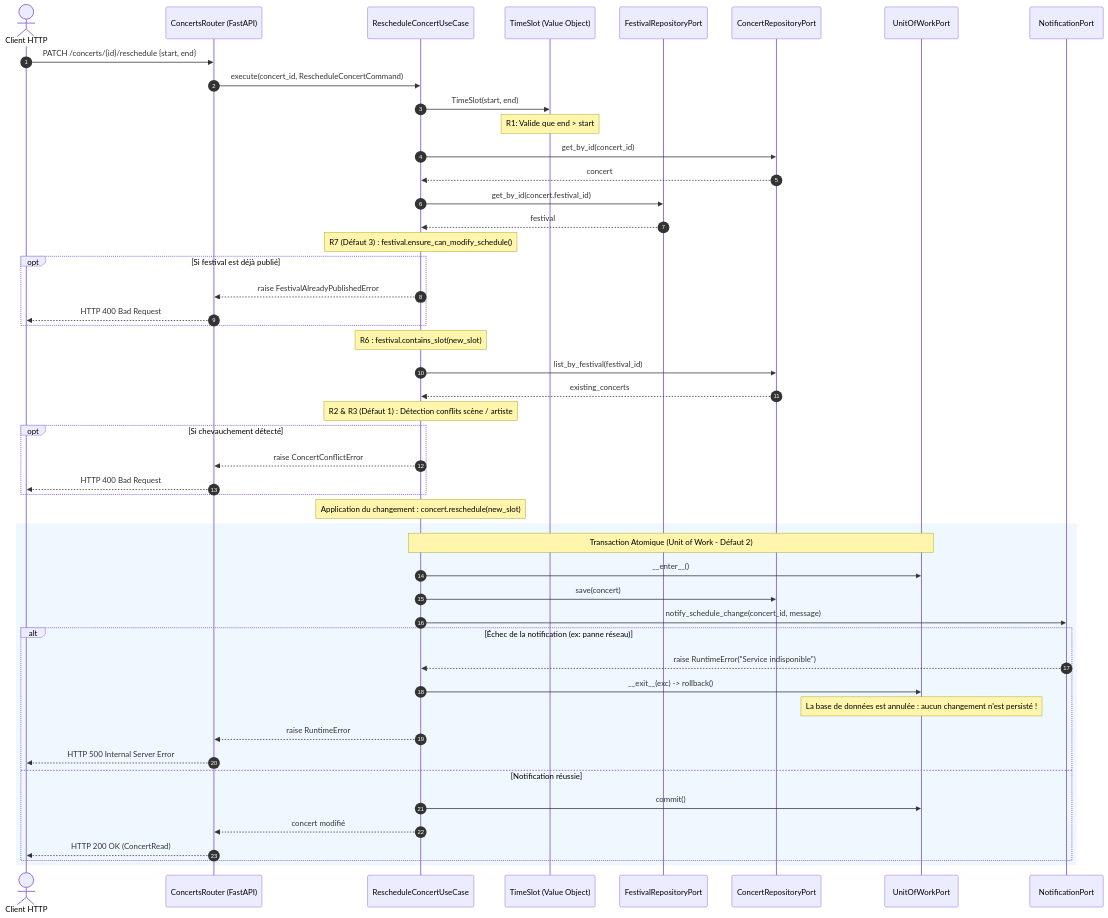
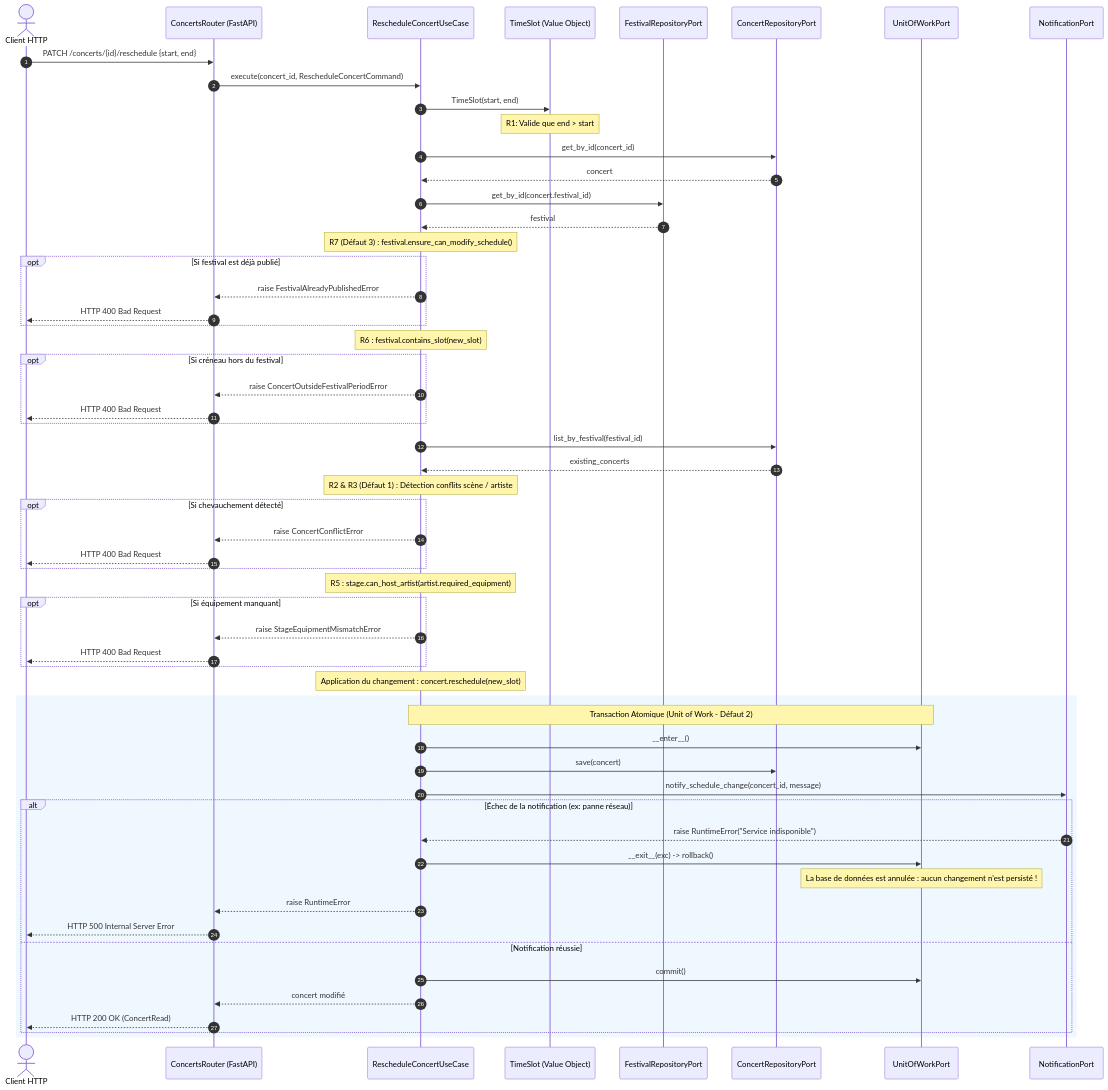
One commit to Timogui/Architecture_hexagonale changed the third of 3 diagrams in NOTE_D_ARCHITECTURE.md. Above: the diagram before and after it, drawn with Mermaid. The commit also changed other lines of this file and 22 other files, not shown here.

````diff
--- a/NOTE_D_ARCHITECTURE.md
+++ b/NOTE_D_ARCHITECTURE.md
@@ -153,62 +174,72 @@
 ```mermaid
 sequenceDiagram
     autonumber
     actor Client as Client HTTP
     participant API as ConcertsRouter (FastAPI)
     participant UC as RescheduleConcertUseCase
     participant Slot as TimeSlot (Value Object)
     participant FestRepo as FestivalRepositoryPort
     participant ConcRepo as ConcertRepositoryPort
     participant UoW as UnitOfWorkPort
     participant Notif as NotificationPort
 
     Client->>API: PATCH /concerts/{id}/reschedule {start, end}
     API->>UC: execute(concert_id, RescheduleConcertCommand)
     
     UC->>Slot: TimeSlot(start, end)
     Note over Slot: R1: Valide que end > start
     
     UC->>ConcRepo: get_by_id(concert_id)
     ConcRepo-->>UC: concert
     
     UC->>FestRepo: get_by_id(concert.festival_id)
     FestRepo-->>UC: festival
     
     Note over UC: R7 (Défaut 3) : festival.ensure_can_modify_schedule()
     opt Si festival est déjà publié
         UC-->>API: raise FestivalAlreadyPublishedError
         API-->>Client: HTTP 400 Bad Request
     end
 
     Note over UC: R6 : festival.contains_slot(new_slot)
+    opt Si créneau hors du festival
+        UC-->>API: raise ConcertOutsideFestivalPeriodError
+        API-->>Client: HTTP 400 Bad Request
+    end
     
     UC->>ConcRepo: list_by_festival(festival_id)
     ConcRepo-->>UC: existing_concerts
     
     Note over UC: R2 & R3 (Défaut 1) : Détection conflits scène / artiste
     opt Si chevauchement détecté
         UC-->>API: raise ConcertConflictError
         API-->>Client: HTTP 400 Bad Request
     end
 
+    Note over UC: R5 : stage.can_host_artist(artist.required_equipment)
+    opt Si équipement manquant
+        UC-->>API: raise StageEquipmentMismatchError
+        API-->>Client: HTTP 400 Bad Request
+    end
+    
     Note over UC: Application du changement : concert.reschedule(new_slot)
     
     rect rgb(240, 248, 255)
         Note over UC, UoW: Transaction Atomique (Unit of Work - Défaut 2)
         UC->>UoW: __enter__()
         UC->>ConcRepo: save(concert)
         UC->>Notif: notify_schedule_change(concert_id, message)
         
         alt Échec de la notification (ex: panne réseau)
             Notif-->>UC: raise RuntimeError("Service indisponible")
             UC->>UoW: __exit__(exc) -> rollback()
             Note over UoW: La base de données est annulée : aucun changement n'est persisté !
             UC-->>API: raise RuntimeError
             API-->>Client: HTTP 500 Internal Server Error
         else Notification réussie
             UC->>UoW: commit()
             UC-->>API: concert modifié
             API-->>Client: HTTP 200 OK (ConcertRead)
         end
     end
 ```
````
